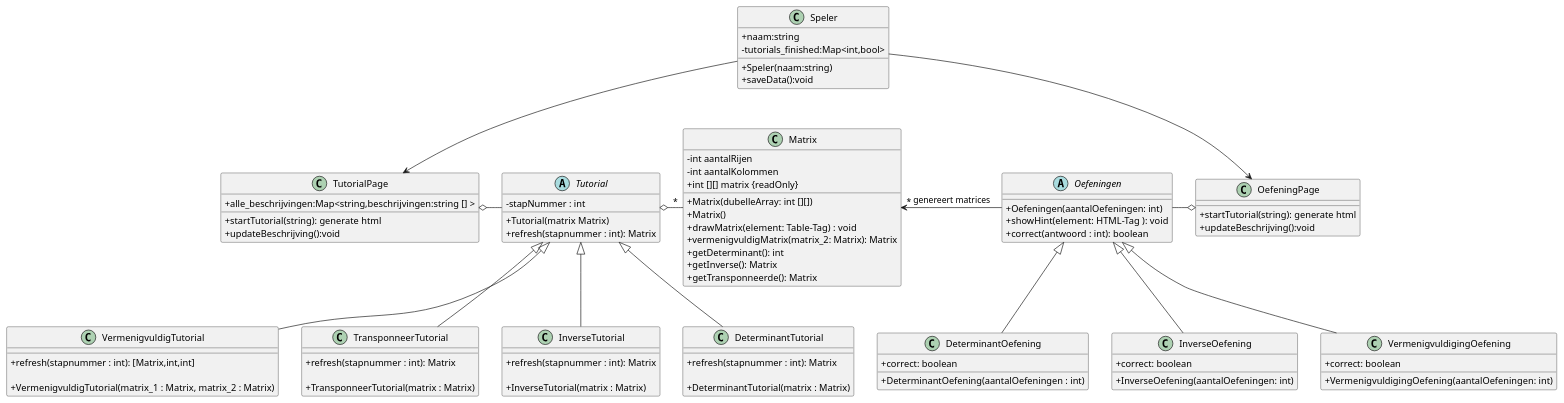
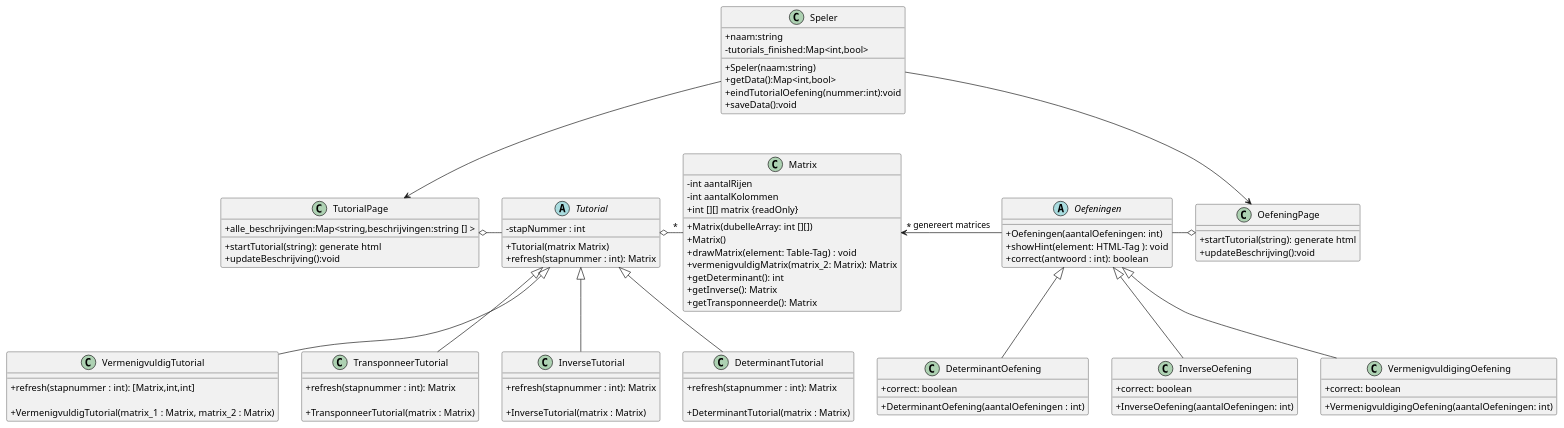
One commit to rtalwar2/WELCOME-TO-THE-MATRIX changed the diagram in Analyse/Klassendiagram.plantuml. Above: the diagram before and after it, drawn with PlantUML. The commit also changed 1 other file, not shown here.

Commit message:
Kasse en sequentiediagram aanpassen voor Speler.js

```diff
--- a/Analyse/Klassendiagram.plantuml
+++ b/Analyse/Klassendiagram.plantuml
@@ -4,114 +4,116 @@
 @startuml Matrix_Project
 skinparam ClassAttributeIconSize 0 
 
 
 Class Matrix{
 - int aantalRijen
 - int aantalKolommen 
 + int [][] matrix {readOnly}
 
 
 + Matrix(dubelleArray: int [][])
 + Matrix()
 + drawMatrix(element: Table-Tag) : void
 + vermenigvuldigMatrix(matrix_2: Matrix): Matrix
 + getDeterminant(): int
 + getInverse(): Matrix
 + getTransponneerde(): Matrix
 
 }
 class TutorialPage{
     + alle_beschrijvingen:Map<string,beschrijvingen:string [] >
     + startTutorial(string): generate html
     + updateBeschrijving():void
 
 }
 class OefeningPage{
     + startTutorial(string): generate html
     + updateBeschrijving():void
 }
 
 abstract Class Tutorial{
 - stapNummer : int
 + Tutorial(matrix Matrix)
 + refresh(stapnummer : int): Matrix
 
 } 
 
 
 Class VermenigvuldigTutorial{
 + refresh(stapnummer : int): [Matrix,int,int]
 
 + VermenigvuldigTutorial(matrix_1 : Matrix, matrix_2 : Matrix)
 
 }
 
 Class TransponneerTutorial{
 + refresh(stapnummer : int): Matrix
 
 + TransponneerTutorial(matrix : Matrix)
 }
 
 Class InverseTutorial{
     + refresh(stapnummer : int): Matrix
 
 + InverseTutorial(matrix : Matrix)
 }
 
 Class DeterminantTutorial{
     + refresh(stapnummer : int): Matrix
 
 + DeterminantTutorial(matrix : Matrix)
 }
 
 
 abstract Class Oefeningen{
     ' - Matrix[] OefeningenReeks
 
 
     + Oefeningen(aantalOefeningen: int)    
     + showHint(element: HTML-Tag ): void
     + correct(antwoord : int): boolean
     
 }
 
 Class VermenigvuldigingOefening{
     +VermenigvuldigingOefening(aantalOefeningen: int)
     +correct: boolean
 }
 
 Class DeterminantOefening{
     +DeterminantOefening(aantalOefeningen : int)
     +correct: boolean 
 }
 Class InverseOefening{
     +InverseOefening(aantalOefeningen: int)
     +correct: boolean
 }
 class Speler{
     +naam:string
+    -tutorials_finished:Map<int,bool>
     +Speler(naam:string)
-    -tutorials_finished:Map<int,bool>
+    +getData():Map<int,bool>
+    +eindTutorialOefening(nummer:int):void
     +saveData():void
 }
 
 
 
 Oefeningen <|-- VermenigvuldigingOefening
 Oefeningen <|-- DeterminantOefening
 Oefeningen <|-- InverseOefening
 
 Matrix "*" <- Oefeningen  :genereert matrices
 Tutorial o- "*" Matrix
 
 TutorialPage  o- Tutorial
 Oefeningen -o OefeningPage
 
 Tutorial <|-- VermenigvuldigTutorial
 Tutorial <|-- DeterminantTutorial
 Tutorial <|-- InverseTutorial
 Tutorial <|-- TransponneerTutorial
 
 Speler --> TutorialPage
 Speler --> OefeningPage
 @enduml
```
